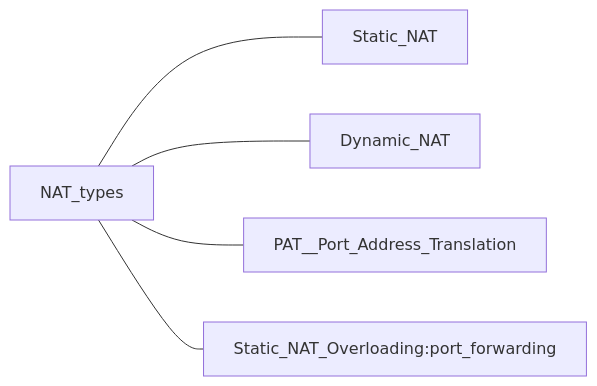
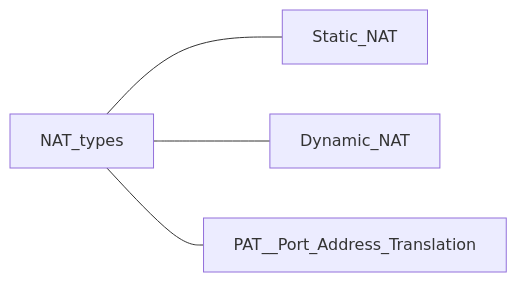
The third of 8 diagrams in graph.md (Qingbolan/LAN-WAN-Network-Basics-Exam-Practice), drawn with Mermaid before and after one commit. The commit also changed other lines of this file and 1 other file, not shown here.

````diff
--- a/graph.md
+++ b/graph.md
@@ -52,7 +67,6 @@
 ```mermaid
 graph LR
 NAT_types --- Static_NAT
 NAT_types --- Dynamic_NAT
 NAT_types --- PAT__Port_Address_Translation
-NAT_types --- Static_NAT_Overloading:port_forwarding
 ```
````
